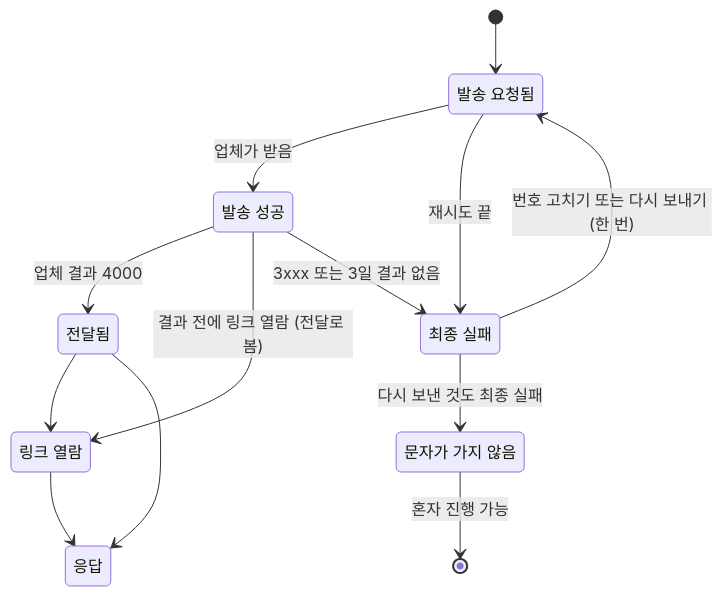
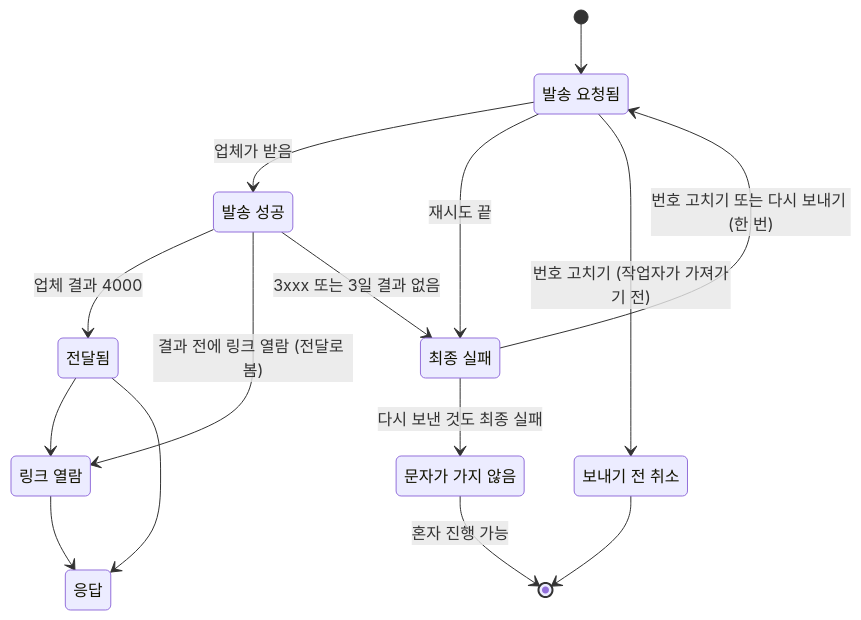
One commit to prgrms-be-devcourse/NBE12-14-final-homestamp changed diagram 13 of 14 in docs/rules/03-상태와-규칙.md. Above: the diagram before and after it, drawn with Mermaid. The commit also changed other lines of this file and 8 other files, not shown here.

````diff
--- a/docs/rules/03-상태와-규칙.md
+++ b/docs/rules/03-상태와-규칙.md
@@ -669,22 +669,25 @@
 ```mermaid
 stateDiagram-v2
     state "발송 요청됨" as Requested
     state "발송 성공" as Sent
     state "전달됨" as Delivered
     state "링크 열람" as Viewed
     state "응답" as Answered
     state "최종 실패" as Failed
     state "문자가 가지 않음" as Undeliv
+    state "보내기 전 취소" as Cancelled
     [*] --> Requested
     Requested --> Sent : 업체가 받음
     Requested --> Failed : 재시도 끝
+    Requested --> Cancelled : 번호 고치기 (작업자가 가져가기 전)
+    Cancelled --> [*]
     Sent --> Delivered : 업체 결과 4000
     Sent --> Viewed : 결과 전에 링크 열람 (전달로 봄)
     Sent --> Failed : 3xxx 또는 3일 결과 없음
     Delivered --> Viewed
     Delivered --> Answered
     Viewed --> Answered
     Failed --> Requested : 번호 고치기 또는 다시 보내기 (한 번)
     Failed --> Undeliv : 다시 보낸 것도 최종 실패
     Undeliv --> [*] : 혼자 진행 가능
 ```
````
